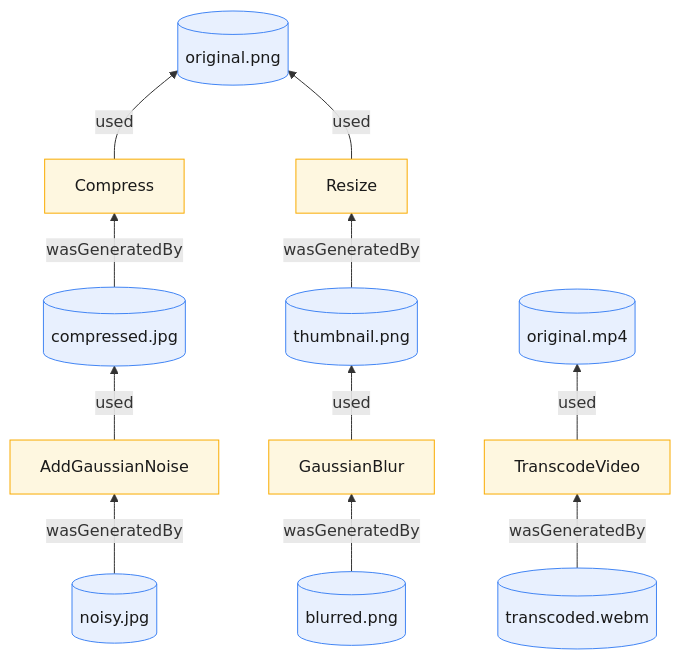
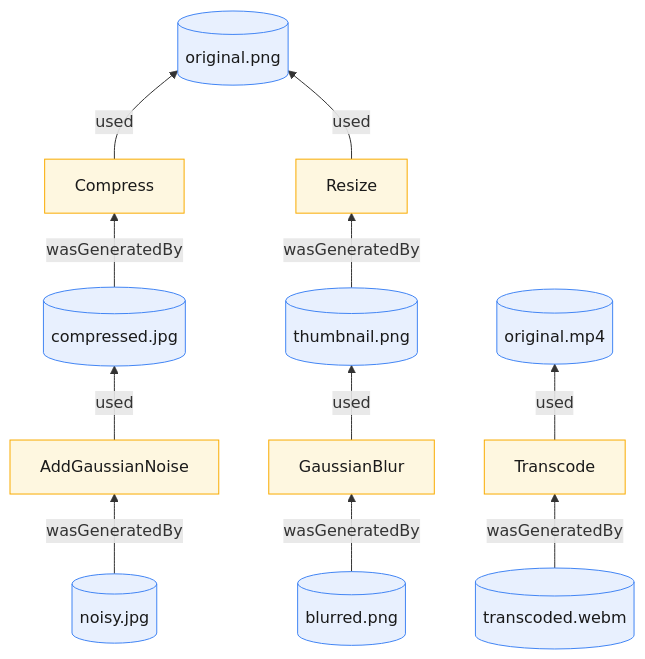
Before and after one commit to jlocash/tamper: the first of 2 diagrams in README.md, drawn with Mermaid. The commit also changed 12 other files, not shown here.

````diff
--- a/README.md
+++ b/README.md
@@ -19,14 +19,14 @@
 ```mermaid
 flowchart BT
     a0[("original.png")]
     a1[("compressed.jpg")] -- wasGeneratedBy --> op1["Compress"] -- used --> a0
     a2[("noisy.jpg")] -- wasGeneratedBy --> op2["AddGaussianNoise"] -- used --> a1
     a3[("thumbnail.png")] -- wasGeneratedBy --> op3["Resize"] -- used --> a0
     a4[("blurred.png")] -- wasGeneratedBy --> op4["GaussianBlur"] -- used --> a3
     b0[("original.mp4")]
-    b1[("transcoded.webm")] -- wasGeneratedBy --> op5["TranscodeVideo"] -- used --> b0
+    b1[("transcoded.webm")] -- wasGeneratedBy --> op5["Transcode"] -- used --> b0
     classDef asset fill:#e8f0fe,stroke:#4285f4,color:#1a1a1a;
     classDef op fill:#fef7e0,stroke:#f9ab00,color:#1a1a1a;
     class a0,a1,a2,a3,a4,b0,b1 asset;
     class op1,op2,op3,op4,op5 op;
 ```
````
